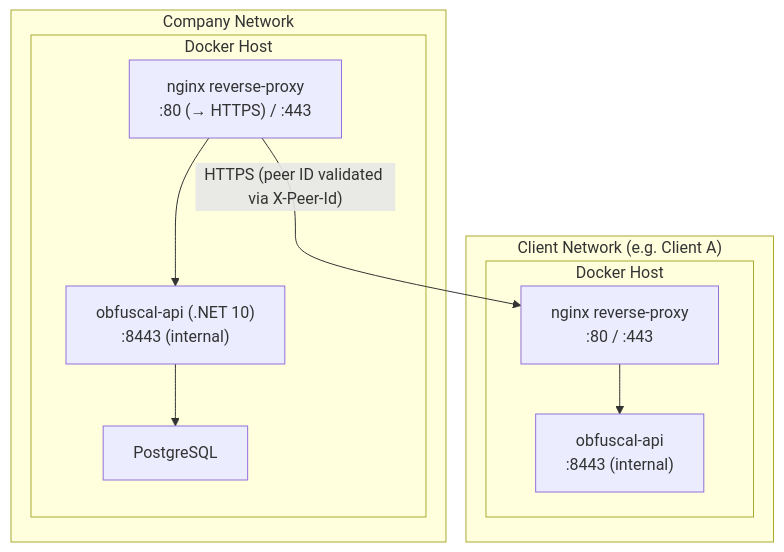
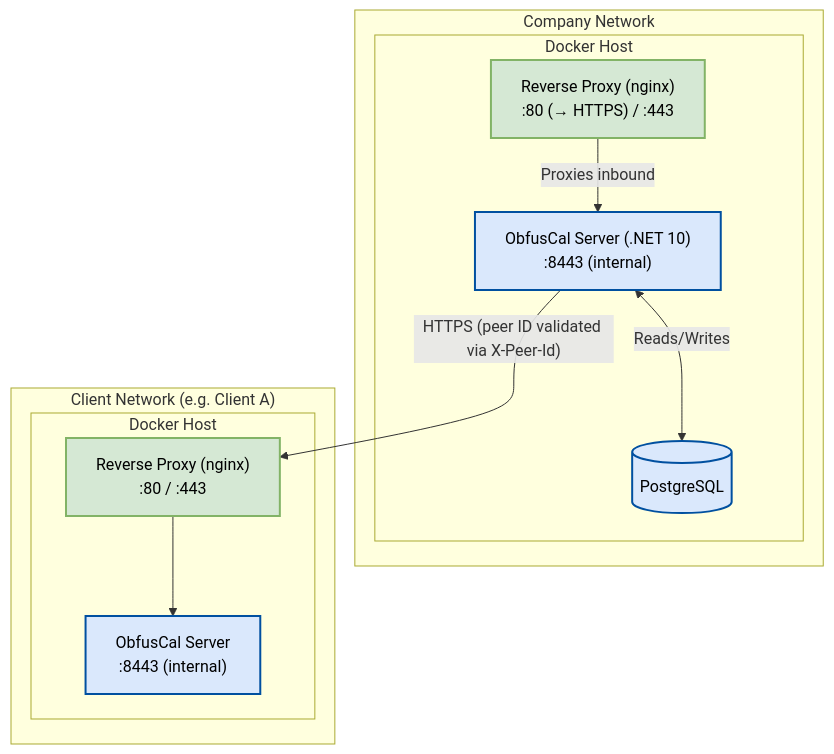
The diagram in docs/07-deployment-view.md (InfSupStageMG/ObfusCal), drawn with Mermaid before and after one commit. The commit also changed 10 other files, not shown here.

Commit message:
chore(docs):Update of diagrams and auto-updating codeblocks and folder structure

````diff
--- a/docs/07-deployment-view.md
+++ b/docs/07-deployment-view.md
@@ -12,26 +12,37 @@
 ```mermaid
 flowchart TB
 
-%% Company Network
-subgraph CN["Company Network"]
-    subgraph DH1["Docker Host"]
-        NGINX1["nginx reverse-proxy\n:80 (→ HTTPS) / :443"]
-        API1["obfuscal-api (.NET 10)\n:8443 (internal)"]
-        DB["PostgreSQL"]
-        NGINX1 --> API1
-        API1 --> DB
+    %% Company Network
+    subgraph CN["Company Network"]
+        subgraph DH1["Docker Host"]
+            NGINX1["Reverse Proxy (nginx)<br/>:80 (→ HTTPS) / :443"]
+            API1["ObfusCal Server (.NET 10)<br/>:8443 (internal)"]
+            DB[("PostgreSQL")]
+
+            NGINX1 -->|"Proxies inbound"| API1
+            API1 <-->|"Reads/Writes"| DB
+        end
     end
-end
 
-%% Client Network
-subgraph CL["Client Network (e.g. Client A)"]
-    subgraph DH2["Docker Host"]
-        NGINX2["nginx reverse-proxy\n:80 / :443"]
-        API2["obfuscal-api\n:8443 (internal)"]
-        NGINX2 --> API2
+    %% Client Network
+    subgraph CL["Client Network (e.g. Client A)"]
+        subgraph DH2["Docker Host"]
+            NGINX2["Reverse Proxy (nginx)<br/>:80 / :443"]
+            API2["ObfusCal Server<br/>:8443 (internal)"]
+
+            NGINX2 --> API2
+        end
     end
-end
 
-%% Connection
-NGINX1 -- "HTTPS (peer ID validated via X-Peer-Id)" --> NGINX2
+    %% Connection: API initiates outbound sync to peer's reverse proxy
+    API1 -->|"HTTPS (peer ID validated via X-Peer-Id)"| NGINX2
+
+    %% Styling
+    classDef proxy fill:#d5e8d4,stroke:#82b366,stroke-width:2px,color:#000;
+    classDef api fill:#dae8fc,stroke:#0050A0,stroke-width:2px,color:#000;
+    classDef db fill:#dae8fc,stroke:#0050A0,stroke-width:2px,color:#000;
+
+    class NGINX1,NGINX2 proxy;
+    class API1,API2 api;
+    class DB db;
 ```
````
